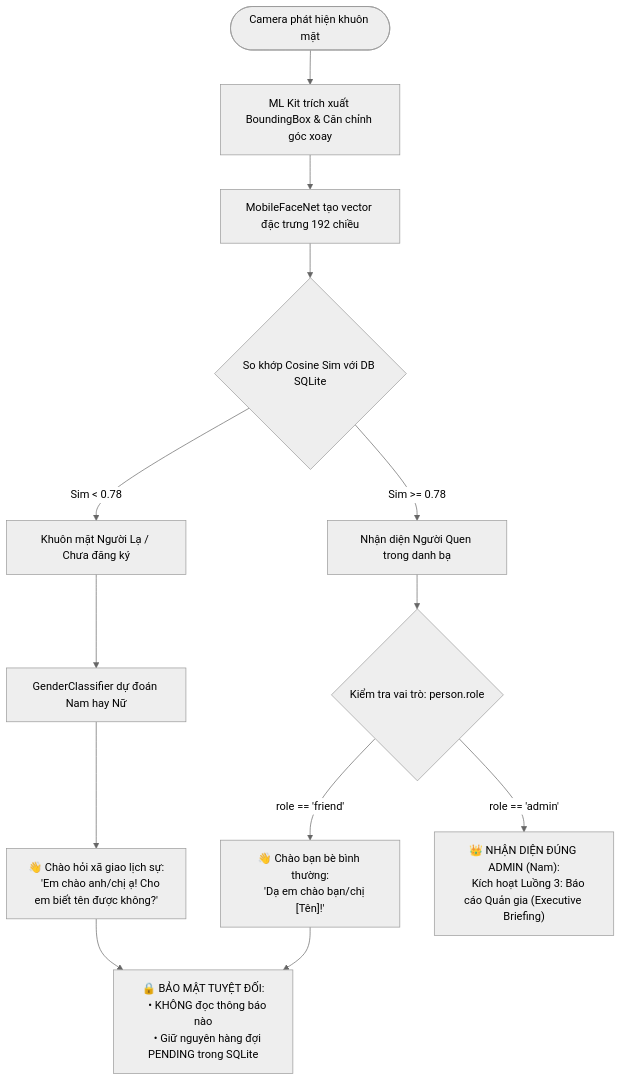
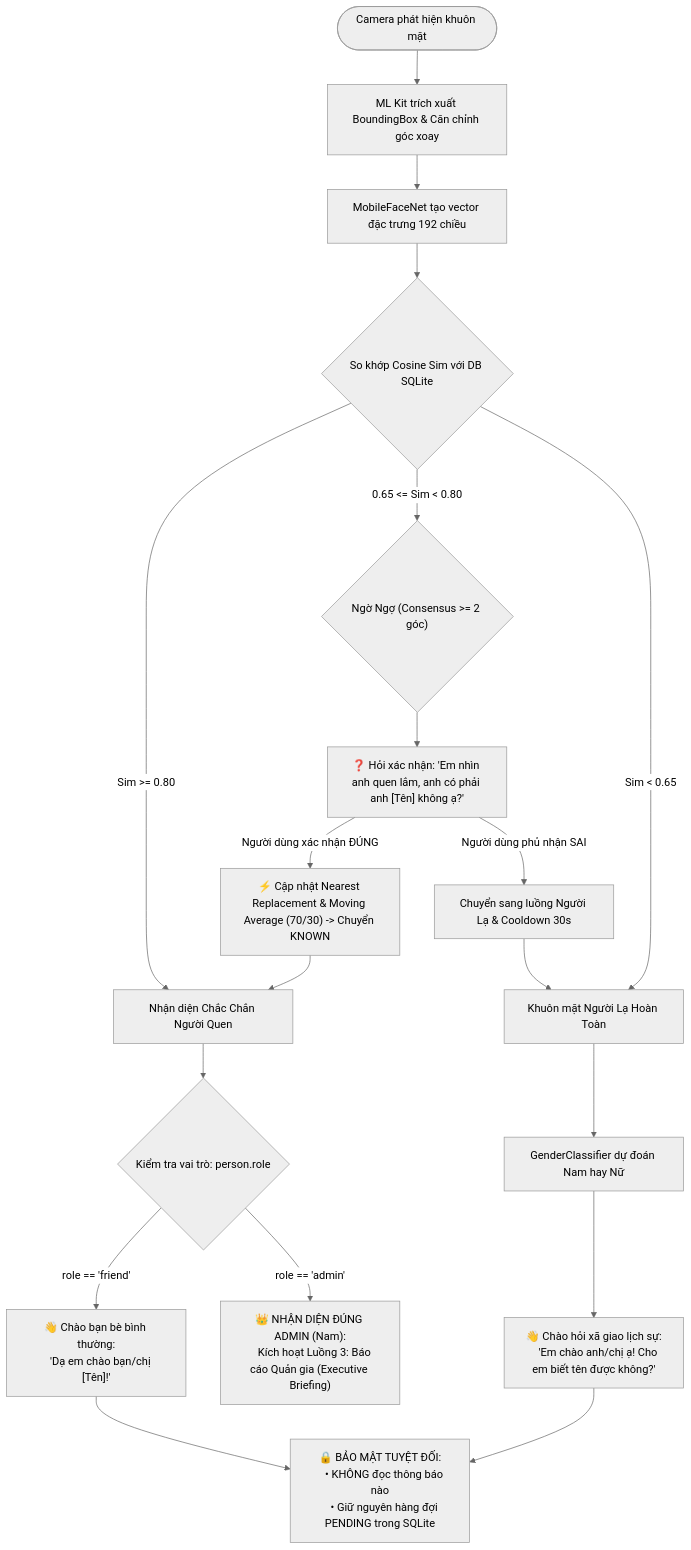
One commit to namth/eve-app changed the second of 5 diagrams in docs/SYSTEM_FLOWS.md. Above: the diagram before and after it, drawn with Mermaid (neutral theme). The commit also changed 86 other files, not shown here.

````diff
--- a/docs/SYSTEM_FLOWS.md
+++ b/docs/SYSTEM_FLOWS.md
@@ -43,24 +43,31 @@
 ```mermaid
 flowchart TD
     START([Camera phát hiện khuôn mặt]) --> DETECT[ML Kit trích xuất BoundingBox & Căn chỉnh góc xoay]
     DETECT --> EXTRACT[MobileFaceNet tạo vector đặc trưng 192 chiều]
     EXTRACT --> MATCH{So khớp Cosine Sim với DB SQLite}
 
-    MATCH -->|Sim < 0.78| UNKNOWN[Khuôn mặt Người Lạ / Chưa đăng ký]
-    MATCH -->|Sim >= 0.78| KNOWN[Nhận diện Người Quen trong danh bạ]
+    MATCH -->|Sim >= 0.80| KNOWN[Nhận diện Chắc Chắn Người Quen]
+    MATCH -->|0.65 <= Sim < 0.80| AMBIGUOUS{"Ngờ Ngợ (Consensus >= 2 góc)"}
+    MATCH -->|Sim < 0.65| UNKNOWN[Khuôn mặt Người Lạ Hoàn Toàn]
+
+    AMBIGUOUS --> ASK_CONFIRM["❓ Hỏi xác nhận: 'Em nhìn anh quen lắm, anh có phải anh [Tên] không ạ?'"]
+    ASK_CONFIRM -->|Người dùng xác nhận ĐÚNG| UPDATE_MA["⚡ Cập nhật Nearest Replacement & Moving Average (70/30) -> Chuyển KNOWN"]
+    UPDATE_MA --> KNOWN
+    ASK_CONFIRM -->|Người dùng phủ nhận SAI| STRANGER_FALLBACK["Chuyển sang luồng Người Lạ & Cooldown 30s"]
+    STRANGER_FALLBACK --> UNKNOWN
 
     UNKNOWN --> CHECK_GENDER[GenderClassifier dự đoán Nam hay Nữ]
     CHECK_GENDER --> GREET_STRANGER["👋 Chào hỏi xã giao lịch sự:
     'Em chào anh/chị ạ! Cho em biết tên được không?'"]
     GREET_STRANGER --> STRANGER_PRIVACY["🔒 BẢO MẬT TUYỆT ĐỐI:
     • KHÔNG đọc thông báo nào
     • Giữ nguyên hàng đợi PENDING trong SQLite"]
 
     KNOWN --> CHECK_ROLE{Kiểm tra vai trò: person.role}
     CHECK_ROLE -->|role == 'friend'| GREET_FRIEND["👋 Chào bạn bè bình thường:
     'Dạ em chào bạn/chị [Tên]!'"]
     GREET_FRIEND --> STRANGER_PRIVACY
 
     CHECK_ROLE -->|role == 'admin'| ADMIN_TRIGGER["👑 NHẬN DIỆN ĐÚNG ADMIN (Nam):
     Kích hoạt Luồng 3: Báo cáo Quản gia (Executive Briefing)"]
 ```
````
